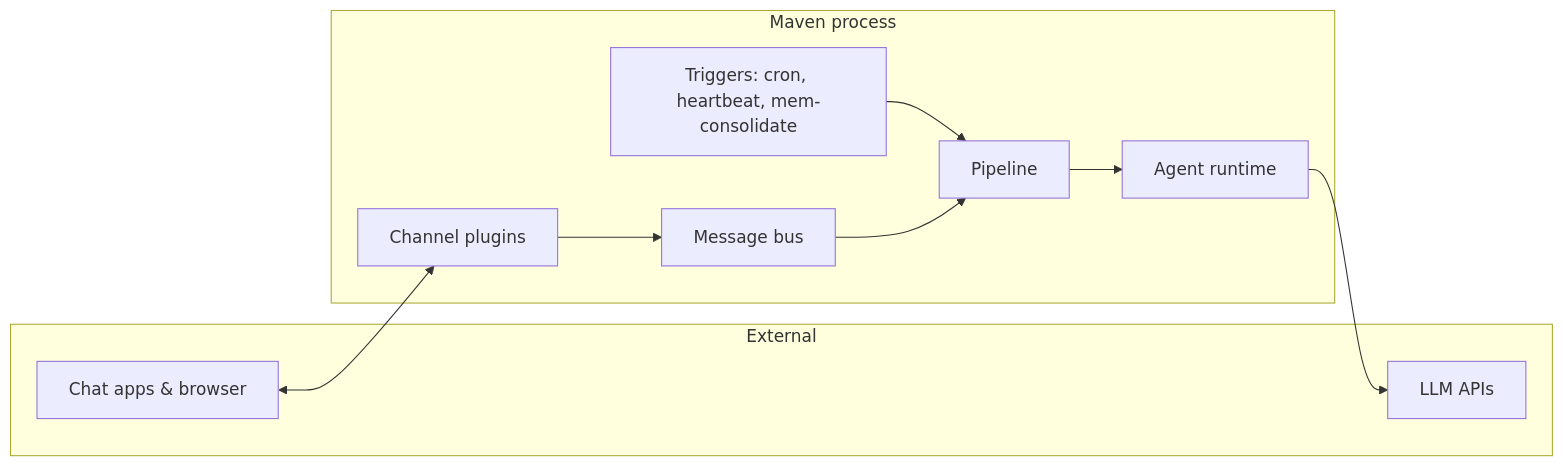
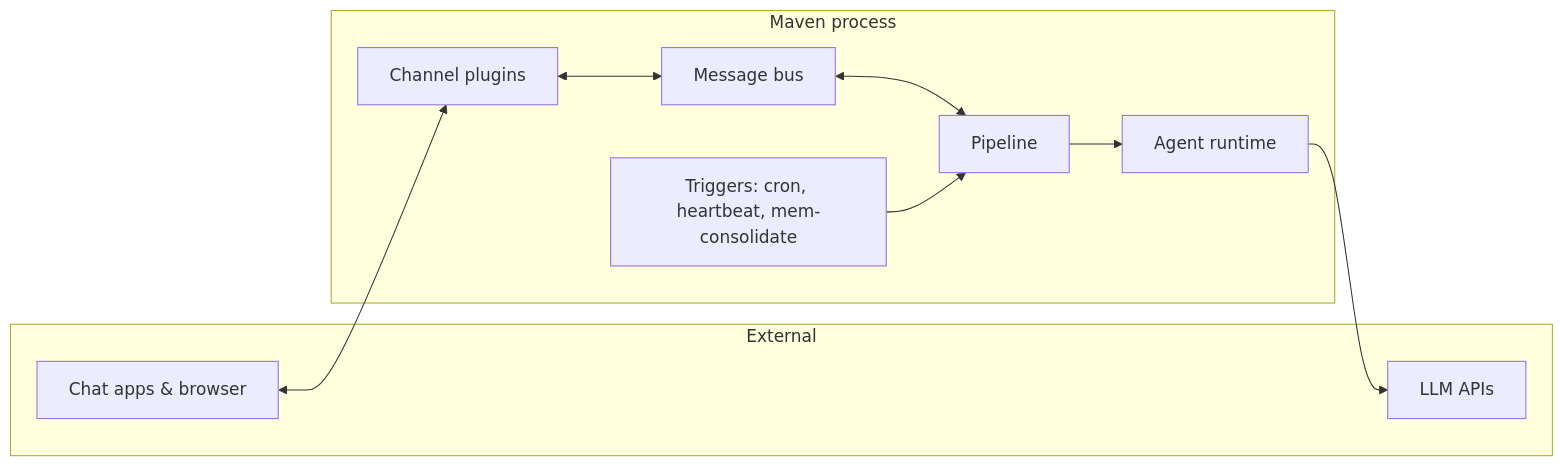
Before and after one commit to ageneralai/maven: the diagram in docs/index.md, drawn with Mermaid. The commit also changed 3 other files, not shown here.

First line of the commit message:
docs: refine architecture and pipeline documentation

````diff
--- a/docs/index.md
+++ b/docs/index.md
@@ -27,20 +27,20 @@
 ```mermaid
 flowchart LR
     subgraph External
         Users[Chat apps & browser]
         LLM[LLM APIs]
     end
     subgraph "Maven process"
         Channels[Channel plugins]
         Bus[Message bus]
         Pipeline[Pipeline]
         Runtime[Agent runtime]
         Triggers[Triggers: cron, heartbeat, mem-consolidate]
     end
     Users <--> Channels
-    Channels --> Bus
+    Channels <--> Bus
+    Bus <--> Pipeline
     Triggers --> Pipeline
-    Bus --> Pipeline
     Pipeline --> Runtime
     Runtime --> LLM
 ```
````
